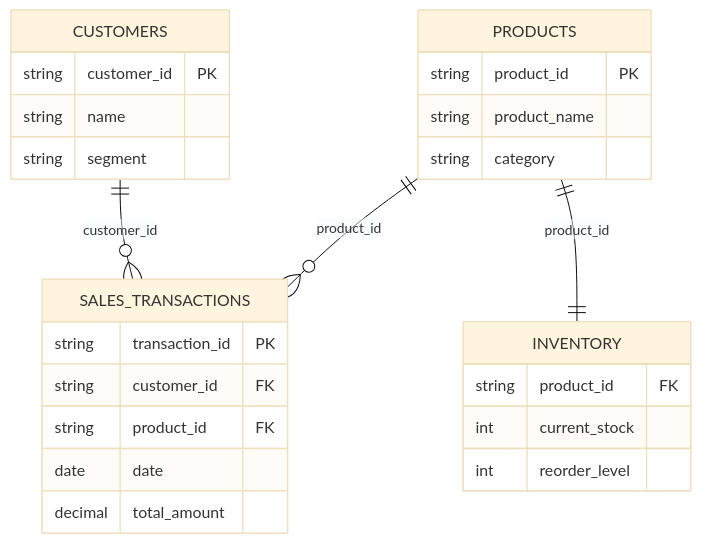
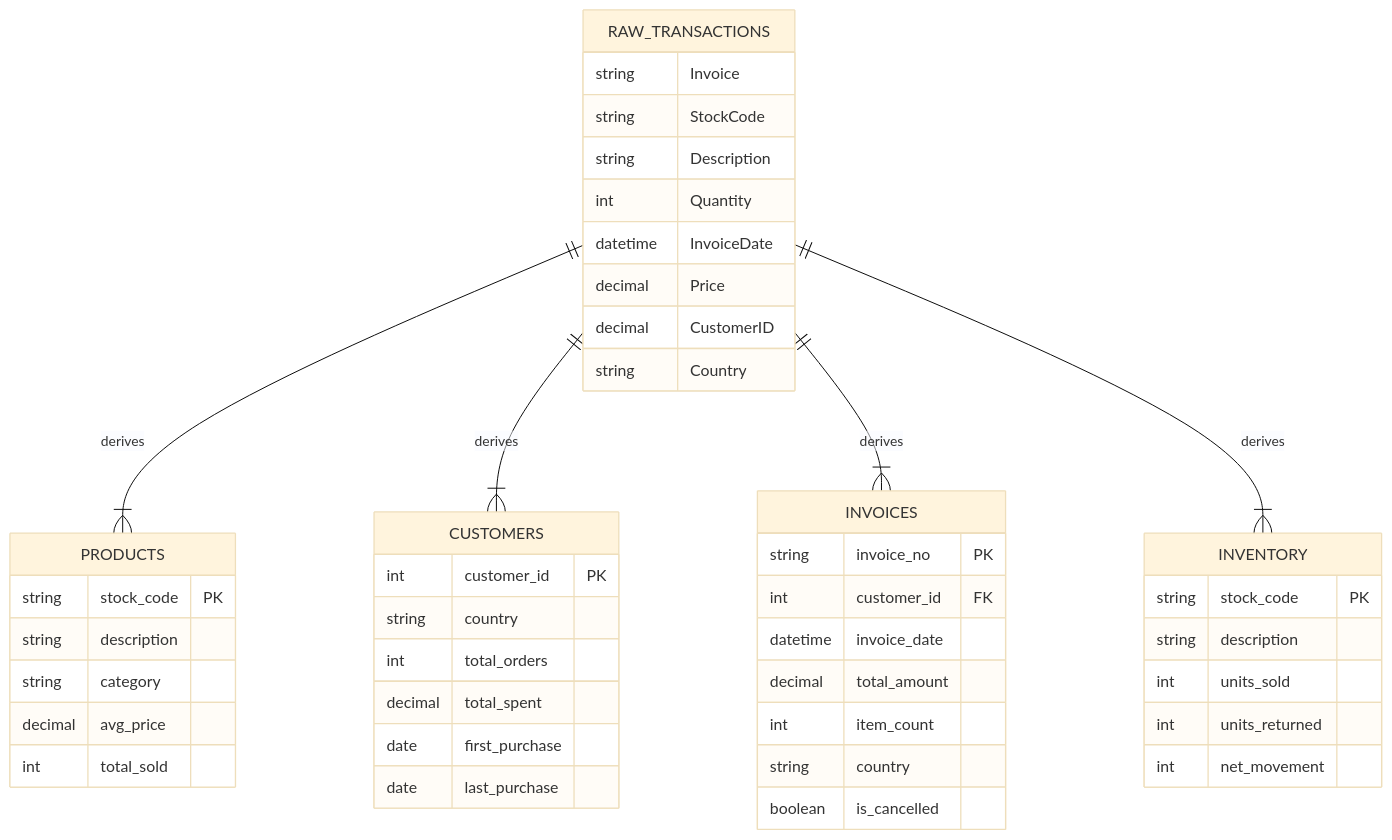
The second of 2 diagrams in docs/dataset-structure-analysis.md (springboardmentor24052s-tech/Team_3_Small_Biz_Sales), drawn with Mermaid (base theme) before and after one commit. The commit also changed other lines of this file and 4 other files, not shown here.

Commit message:
Update documentation to match UCI dataset schema

````diff
--- a/docs/dataset-structure-analysis.md
+++ b/docs/dataset-structure-analysis.md
@@ -124,32 +104,53 @@
 ```mermaid
 erDiagram
-    PRODUCTS ||--o{ SALES_TRANSACTIONS : "product_id"
-    CUSTOMERS ||--o{ SALES_TRANSACTIONS : "customer_id"
-    PRODUCTS ||--|| INVENTORY : "product_id"
+    RAW_TRANSACTIONS ||--|{ PRODUCTS : "derives"
+    RAW_TRANSACTIONS ||--|{ CUSTOMERS : "derives"
+    RAW_TRANSACTIONS ||--|{ INVOICES : "derives"
+    RAW_TRANSACTIONS ||--|{ INVENTORY : "derives"
+
+    RAW_TRANSACTIONS {
+        string Invoice
+        string StockCode
+        string Description
+        int Quantity
+        datetime InvoiceDate
+        decimal Price
+        decimal CustomerID
+        string Country
+    }
 
     PRODUCTS {
-        string product_id PK
-        string product_name
+        string stock_code PK
+        string description
         string category
+        decimal avg_price
+        int total_sold
     }
 
     CUSTOMERS {
-        string customer_id PK
-        string name
-        string segment
+        int customer_id PK
+        string country
+        int total_orders
+        decimal total_spent
+        date first_purchase
+        date last_purchase
     }
 
-    SALES_TRANSACTIONS {
-        string transaction_id PK
-        string customer_id FK
-        string product_id FK
-        date date
+    INVOICES {
+        string invoice_no PK
+        int customer_id FK
+        datetime invoice_date
         decimal total_amount
+        int item_count
+        string country
+        boolean is_cancelled
     }
 
     INVENTORY {
-        string product_id FK
-        int current_stock
-        int reorder_level
+        string stock_code PK
+        string description
+        int units_sold
+        int units_returned
+        int net_movement
     }
 ```
````
